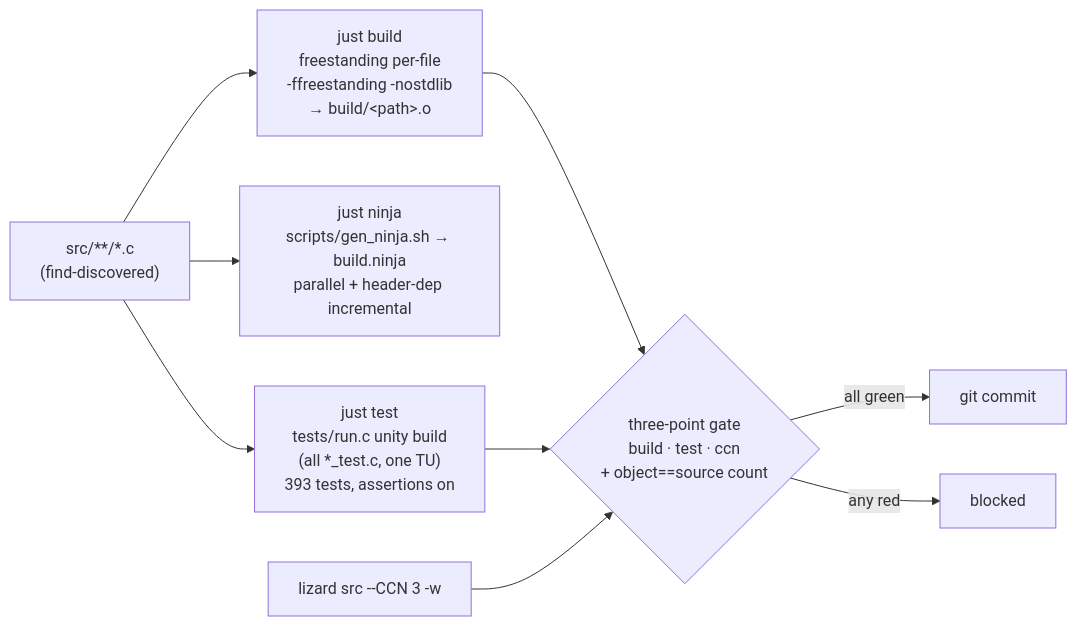
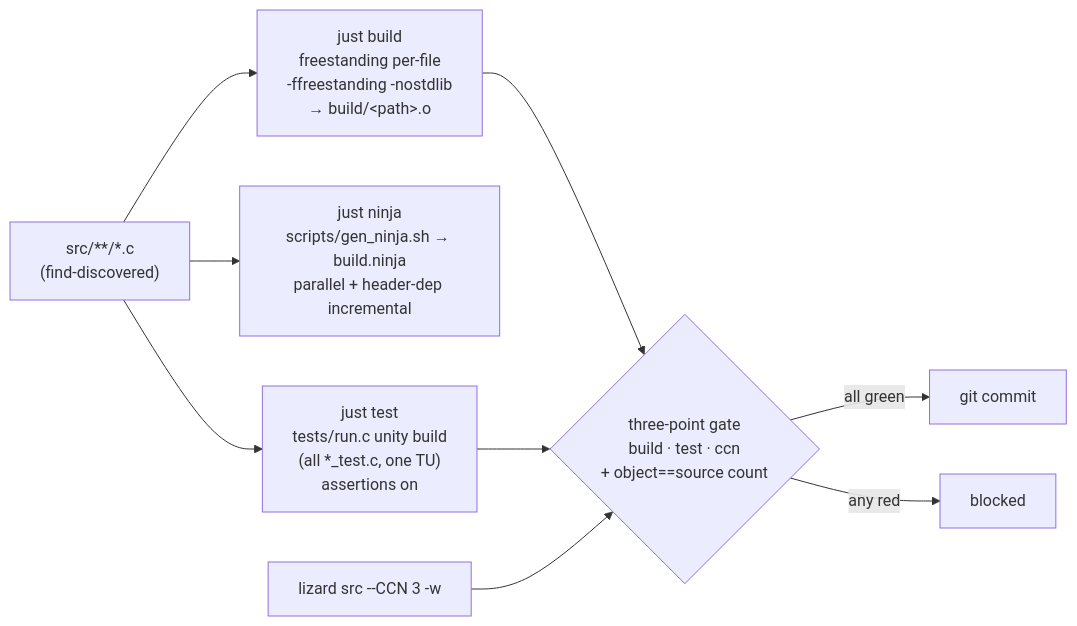
Before and after one commit to Hakkadaikon/wired: the second of 4 diagrams in docs/development.md, drawn with Mermaid. The commit also changed other lines of this file, not shown here.

First line of the commit message:
docs: refresh development.md's architecture map to the current tree

````diff
--- a/docs/development.md
+++ b/docs/development.md
@@ -80,16 +72,16 @@
 ```mermaid
 flowchart LR
     src["src/**/*.c<br/>(find-discovered)"]
 
     src --> build["just build<br/>freestanding per-file<br/>-ffreestanding -nostdlib<br/>→ build/&lt;path&gt;.o"]
     src --> ninja["just ninja<br/>scripts/gen_ninja.sh → build.ninja<br/>parallel + header-dep incremental"]
-    src --> test["just test<br/>tests/run.c unity build<br/>(all *_test.c, one TU)<br/>393 tests, assertions on"]
+    src --> test["just test<br/>tests/run.c unity build<br/>(all *_test.c, one TU)<br/>assertions on"]
 
     build --> gate
     test --> gate
     ccn["lizard src --CCN 3 -w"] --> gate
 
     gate{"three-point gate<br/>build · test · ccn<br/>+ object==source count"}
     gate -->|all green| commit["git commit"]
     gate -->|any red| stop["blocked"]
 ```
````
